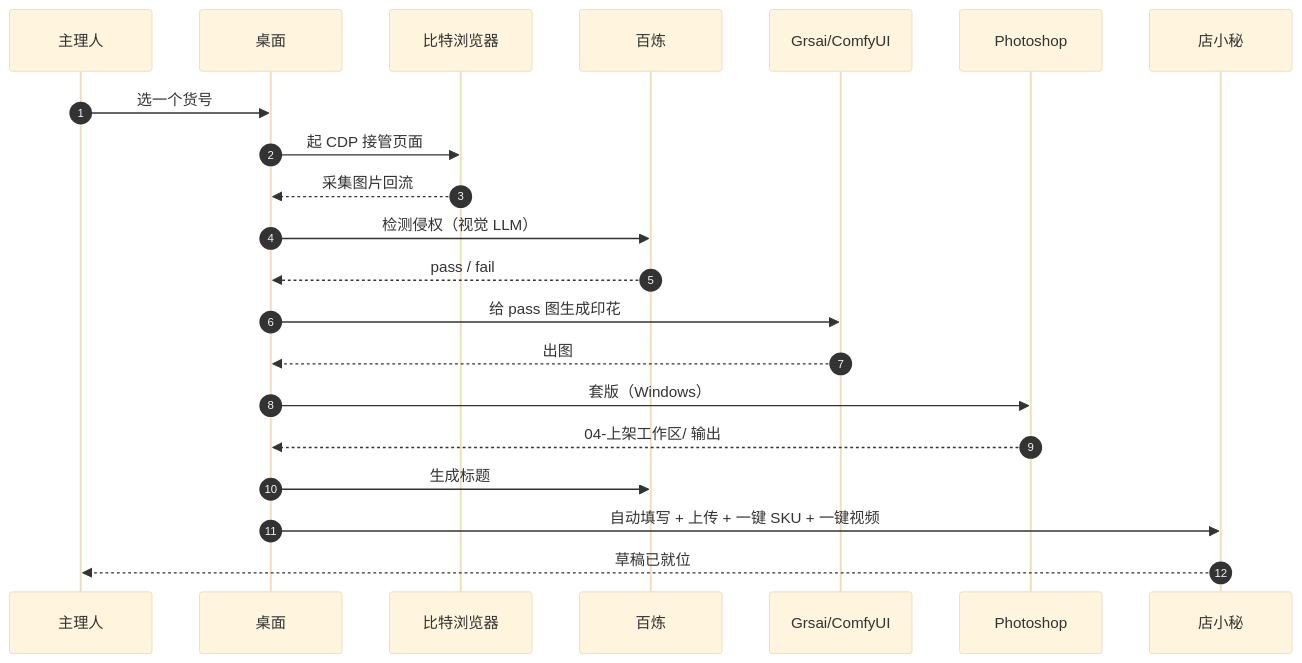
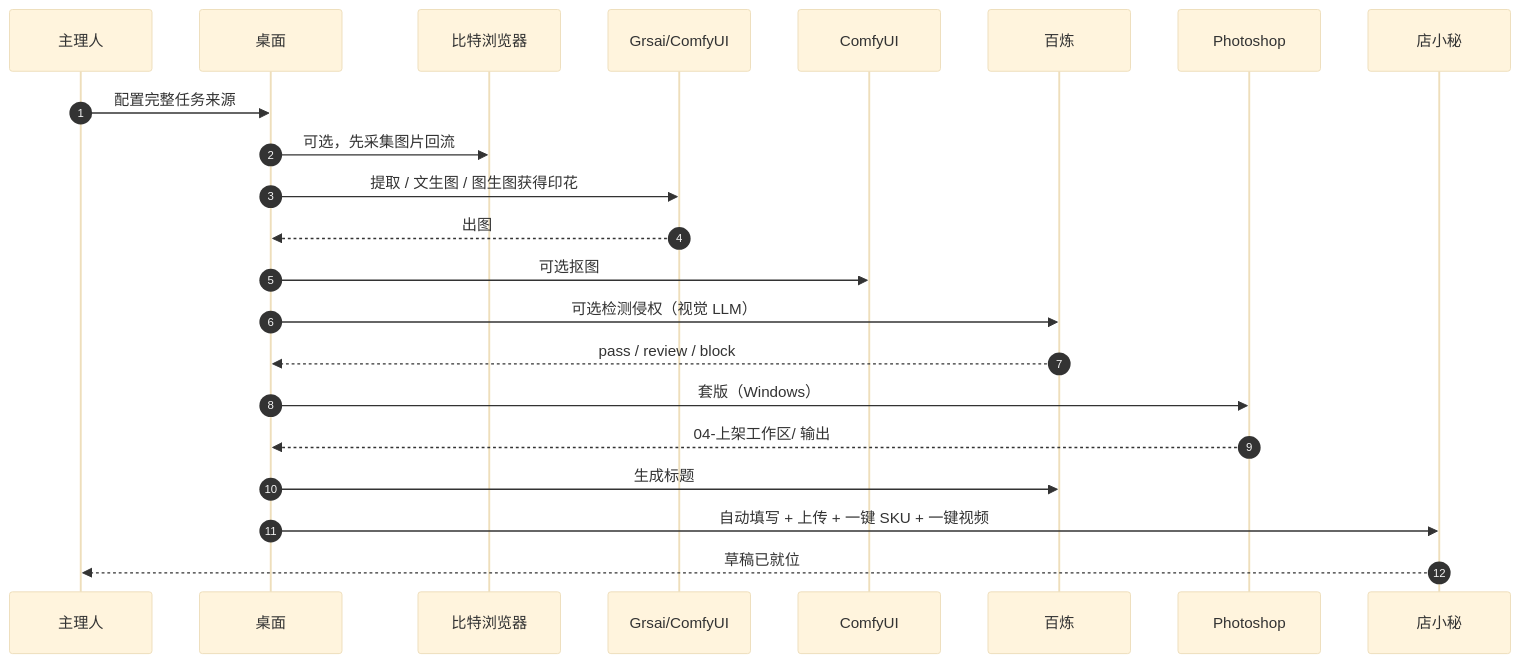
The second of 4 diagrams in docs/PROJECT_TOUR.md (axgiroud312-byte/tengyu-aipod), drawn with Mermaid (base theme) before and after one commit. The commit also changed other lines of this file and 14 other files, not shown here.

````diff
--- a/docs/PROJECT_TOUR.md
+++ b/docs/PROJECT_TOUR.md
@@ -83,16 +84,16 @@
 ```mermaid
 sequenceDiagram
     autonumber
-    主理人->>桌面: 选一个货号
-    桌面->>比特浏览器: 起 CDP 接管页面
-    比特浏览器-->>桌面: 采集图片回流
-    桌面->>百炼: 检测侵权（视觉 LLM）
-    百炼-->>桌面: pass / fail
-    桌面->>Grsai/ComfyUI: 给 pass 图生成印花
+    主理人->>桌面: 配置完整任务来源
+    桌面->>比特浏览器: 可选，先采集图片回流
+    桌面->>Grsai/ComfyUI: 提取 / 文生图 / 图生图获得印花
     Grsai/ComfyUI-->>桌面: 出图
+    桌面->>ComfyUI: 可选抠图
+    桌面->>百炼: 可选检测侵权（视觉 LLM）
+    百炼-->>桌面: pass / review / block
     桌面->>Photoshop: 套版（Windows）
     Photoshop-->>桌面: 04-上架工作区/ 输出
     桌面->>百炼: 生成标题
     桌面->>店小秘: 自动填写 + 上传 + 一键 SKU + 一键视频
     店小秘-->>主理人: 草稿已就位
 ```
````
